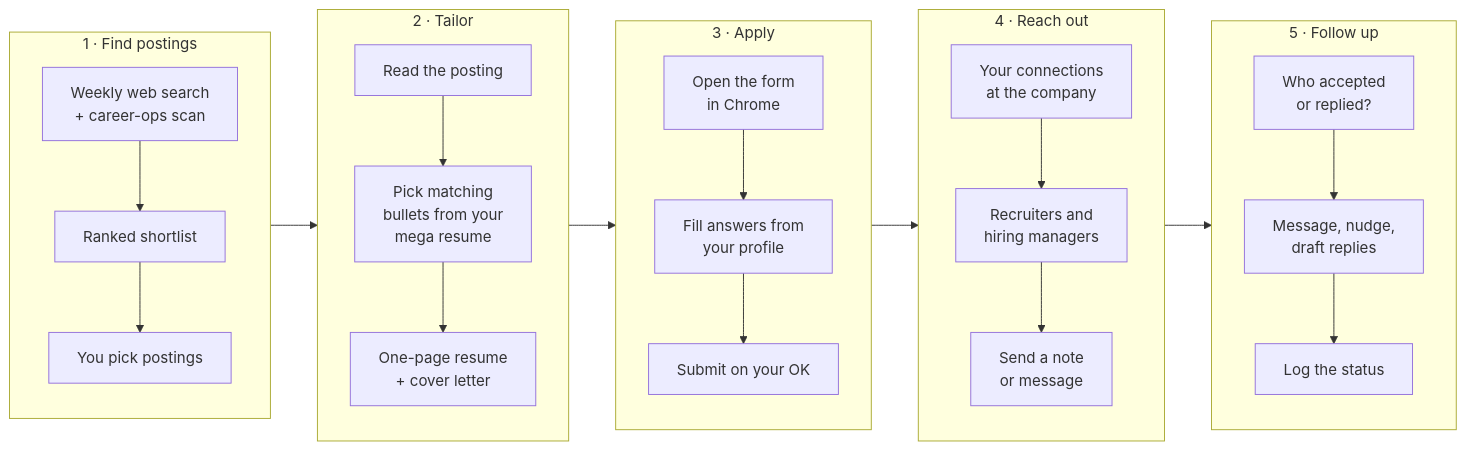
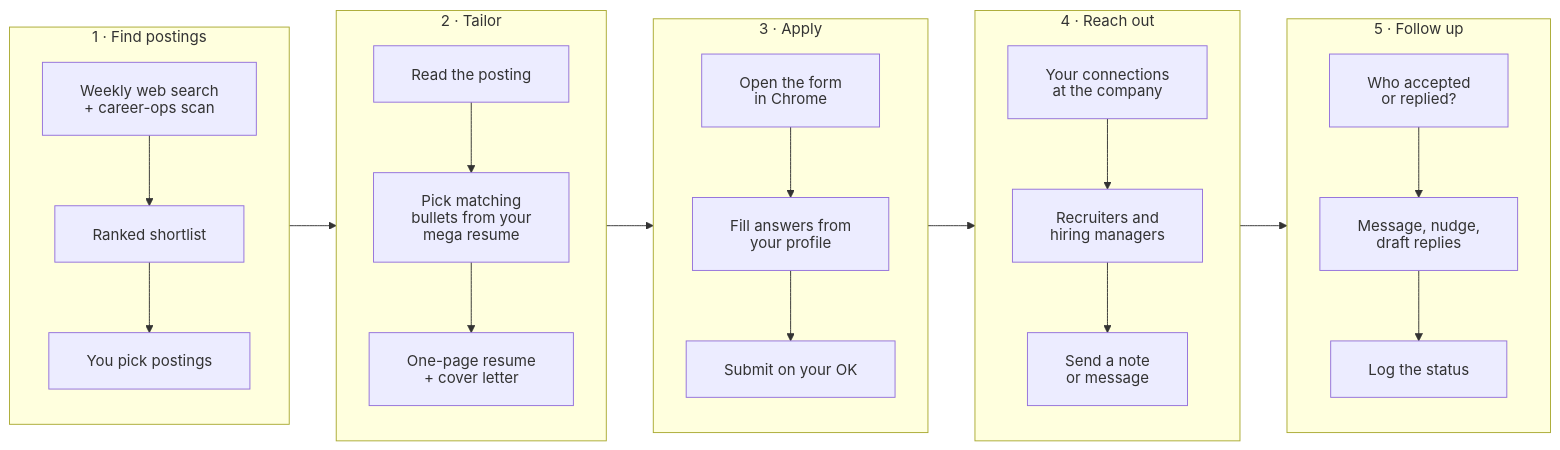
The first of 3 diagrams in README.md (alymo8/jobapps), drawn with Mermaid before and after one commit. The commit also changed other lines of this file, not shown here.

Commit message:
README diagrams: SVG text labels so GitHub never clips them

````diff
--- a/README.md
+++ b/README.md
@@ -11,24 +11,25 @@
 ```mermaid
+%%{init: {"htmlLabels": false, "flowchart": {"htmlLabels": false, "padding": 20}}}%%
 flowchart LR
     subgraph S1["1 · Find postings"]
         direction TB
         S10["Weekly web search<br/>+ career-ops scan"] --> S11["Ranked shortlist"] --> S12["You pick postings"]
     end
     subgraph S2["2 · Tailor"]
         direction TB
         S20["Read the posting"] --> S21["Pick matching<br/>bullets from your<br/>mega resume"] --> S22["One-page resume<br/>+ cover letter"]
     end
     subgraph S3["3 · Apply"]
         direction TB
         S30["Open the form<br/>in Chrome"] --> S31["Fill answers from<br/>your profile"] --> S32["Submit on your OK"]
     end
     subgraph S4["4 · Reach out"]
         direction TB
         S40["Your connections<br/>at the company"] --> S41["Recruiters and<br/>hiring managers"] --> S42["Send a note<br/>or message"]
     end
     subgraph S5["5 · Follow up"]
         direction TB
         S50["Who accepted<br/>or replied?"] --> S51["Message, nudge,<br/>draft replies"] --> S52["Log the status"]
     end
     S1 --> S2 --> S3 --> S4 --> S5
 ```
````
